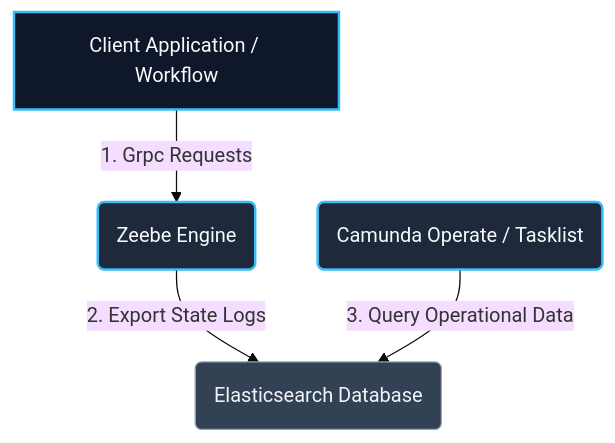
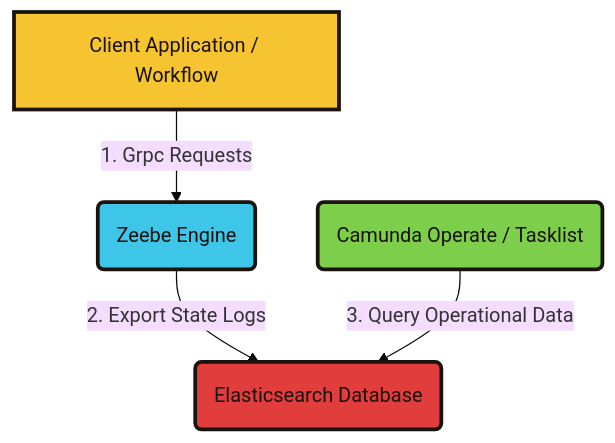
The diagram in docs/docker-quickstart/docker-quickstart.md (qnang5284/qnang5284.github.io), drawn with Mermaid (base theme) before and after one commit. The commit also changed 4 other files, not shown here.

Commit message:
style (ux): changed style in admonitions, mermaid.js and fixed some lettering issues

````diff
--- a/docs/docker-quickstart/docker-quickstart.md
+++ b/docs/docker-quickstart/docker-quickstart.md
@@ -25,12 +25,11 @@
 ```mermaid
 graph TD
     A[Client Application / Workflow] -->|1. Grpc Requests| B(Zeebe Engine)
     B -->|2. Export State Logs| C(Elasticsearch Database)
     D(Camunda Operate / Tasklist) -->|3. Query Operational Data| C
 
-    %% Inyección manual de estilos de alto contraste %%
-    style A fill:#0F172A,stroke:#38BDF8,stroke-width:2px,color:#F8FAFC
-    style B fill:#1E293B,stroke:#38BDF8,stroke-width:2px,color:#F8FAFC
-    style D fill:#1E293B,stroke:#38BDF8,stroke-width:2px,color:#F8FAFC
-    style C fill:#334155,stroke:#94A3B8,stroke-width:1px,color:#F1F5F9
+    style A fill:#f6c431,stroke:#1a120c,stroke-width:3px,color:#1a120c
+    style B fill:#3ec6e8,stroke:#1a120c,stroke-width:3px,color:#1a120c
+    style D fill:#7dce4a,stroke:#1a120c,stroke-width:3px,color:#1a120c
+    style C fill:#e23d3d,stroke:#1a120c,stroke-width:3px,color:#1a120c
 ```
````
